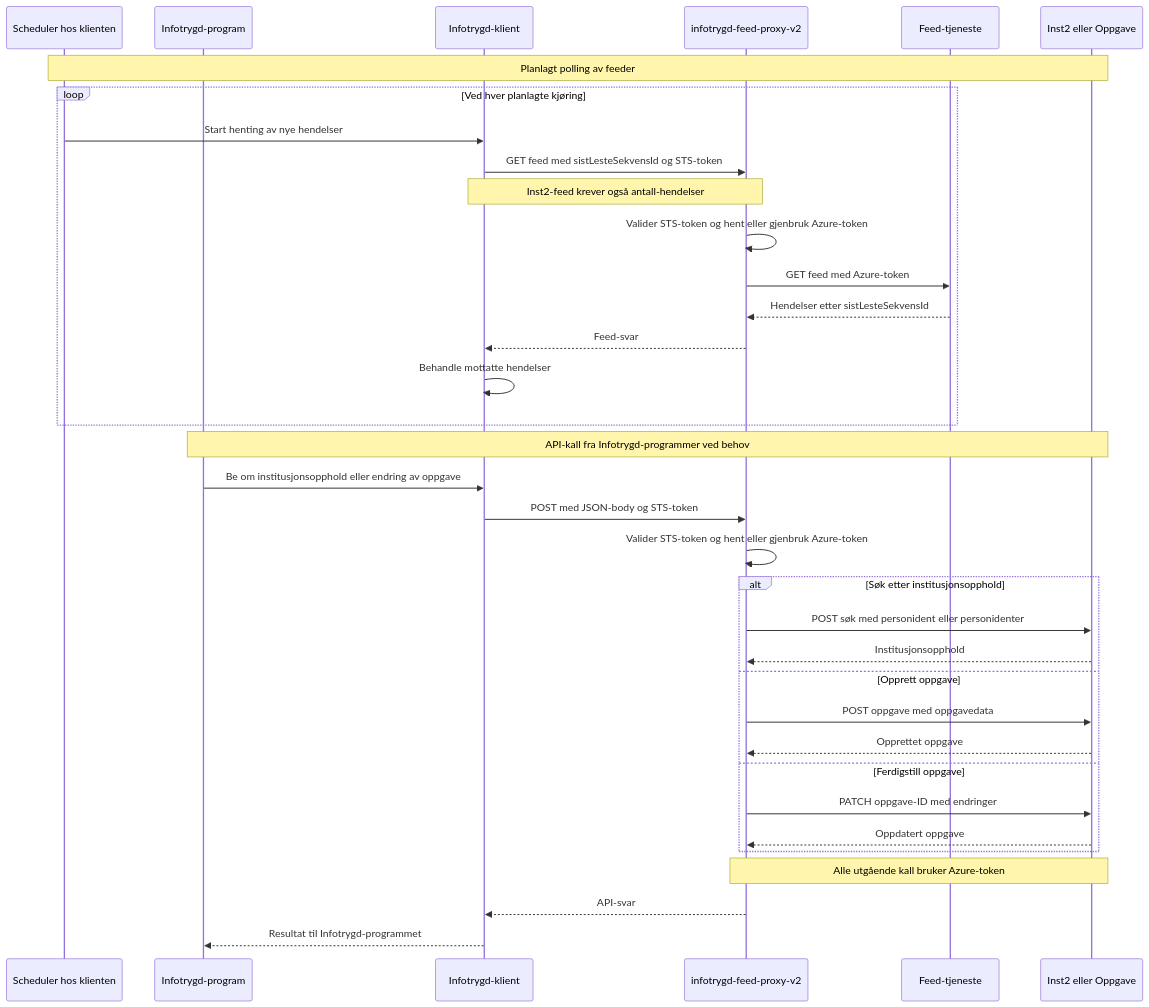
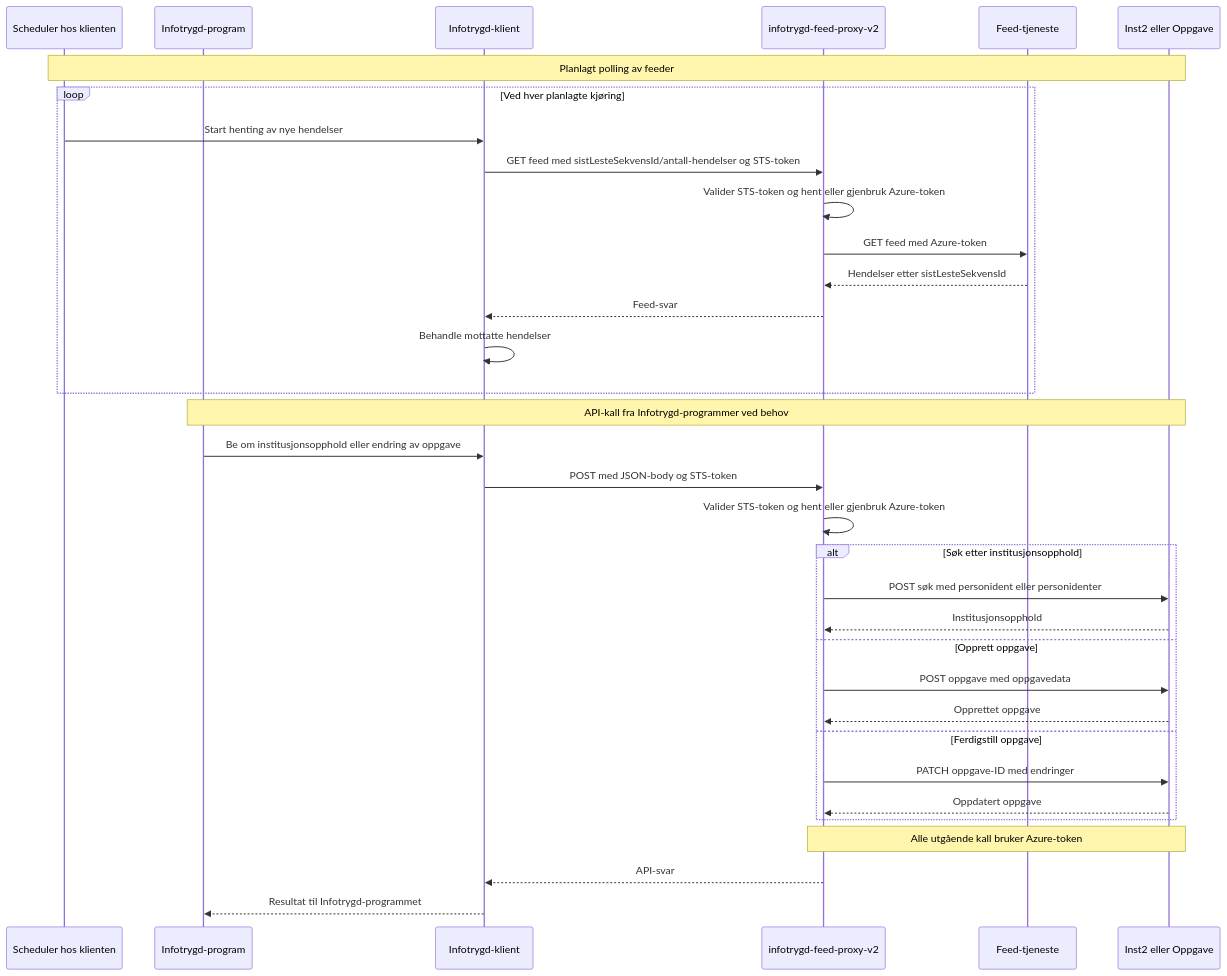
One commit to navikt/infotrygd-feed-proxy-v2 changed the first of 2 diagrams in README.md. Above: the diagram before and after it, drawn with Mermaid.

Commit message:
sistLesteSekvensId=antallHendelser

````diff
--- a/README.md
+++ b/README.md
@@ -30,39 +30,38 @@
 ```mermaid
 sequenceDiagram
     participant S as Scheduler hos klienten
     participant G as Infotrygd-program
     participant I as Infotrygd-klient
     participant P as infotrygd-feed-proxy-v2
     participant F as Feed-tjeneste
     participant T as Inst2 eller Oppgave
 
     Note over S,T: Planlagt polling av feeder
     loop Ved hver planlagte kjøring
         S->>I: Start henting av nye hendelser
-        I->>P: GET feed med sistLesteSekvensId og STS-token
-        Note over I,P: Inst2-feed krever også antall-hendelser
+        I->>P: GET feed med sistLesteSekvensId/antall-hendelser og STS-token
         P->>P: Valider STS-token og hent eller gjenbruk Azure-token
         P->>F: GET feed med Azure-token
         F-->>P: Hendelser etter sistLesteSekvensId
         P-->>I: Feed-svar
         I->>I: Behandle mottatte hendelser
     end
 
     Note over G,T: API-kall fra Infotrygd-programmer ved behov
     G->>I: Be om institusjonsopphold eller endring av oppgave
     I->>P: POST med JSON-body og STS-token
     P->>P: Valider STS-token og hent eller gjenbruk Azure-token
     alt Søk etter institusjonsopphold
         P->>T: POST søk med personident eller personidenter
         T-->>P: Institusjonsopphold
     else Opprett oppgave
         P->>T: POST oppgave med oppgavedata
         T-->>P: Opprettet oppgave
     else Ferdigstill oppgave
         P->>T: PATCH oppgave-ID med endringer
         T-->>P: Oppdatert oppgave
     end
     Note over P,T: Alle utgående kall bruker Azure-token
     P-->>I: API-svar
     I-->>G: Resultat til Infotrygd-programmet
 ```
````
